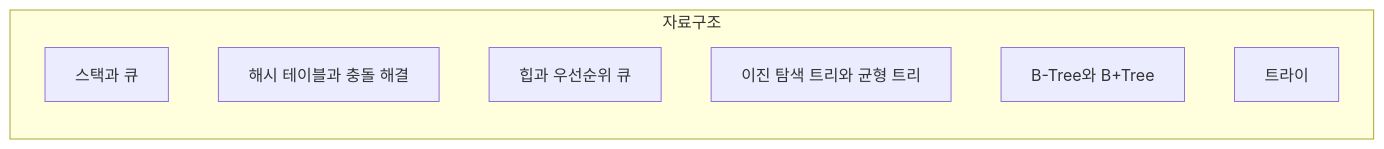
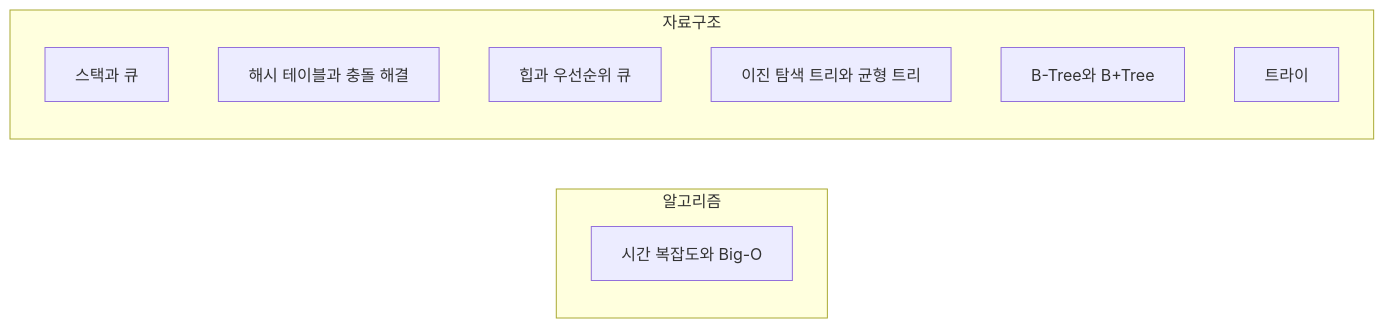
One commit to Jirunu/TodayToDo changed the diagram in concepts.md. Above: the diagram before and after it, drawn with Mermaid. The commit also changed other lines of this file and 8 other files, not shown here.

````diff
--- a/concepts.md
+++ b/concepts.md
@@ -7,11 +7,14 @@
 ```mermaid
 graph LR
-  subgraph s0 ["자료구조"]
+  subgraph s0 ["알고리즘"]
+    n6["시간 복잡도와 Big-O"]
+  end
+  subgraph s1 ["자료구조"]
     n0["스택과 큐"]
     n1["해시 테이블과 충돌 해결"]
     n2["힙과 우선순위 큐"]
     n3["이진 탐색 트리와 균형 트리"]
     n4["B-Tree와 B+Tree"]
     n5["트라이"]
   end
 ```
````
